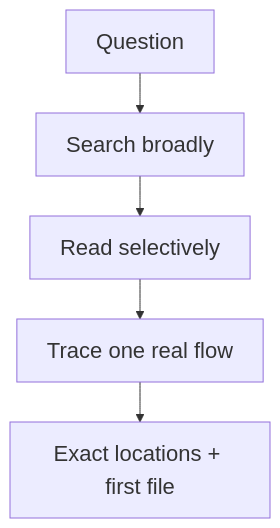
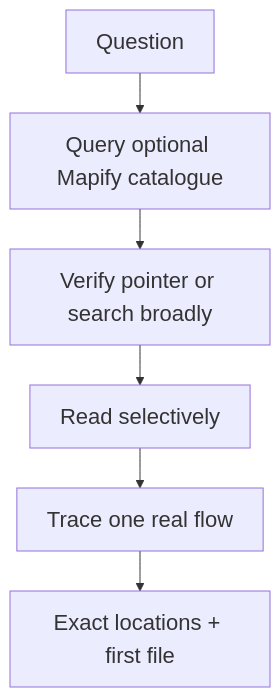
One commit to trykA123/skillify changed the diagram in agents/guides/scout/README.md. Above: the diagram before and after it, drawn with Mermaid. The commit also changed other lines of this file and 77 other files, not shown here.

First line of the commit message:
feat: add Mapify, a sparse verified codebase map

````diff
--- a/agents/guides/scout/README.md
+++ b/agents/guides/scout/README.md
@@ -14,8 +15,9 @@
 ```mermaid
 %%{init: {"themeVariables": {"fontSize": "22px"}, "flowchart": {"nodeSpacing": 35, "rankSpacing": 40}}}%%
 flowchart TB
-    Question --> Search[Search broadly]
+    Question --> Map[Query optional Mapify catalogue]
+    Map --> Search[Verify pointer or search broadly]
     Search --> Read[Read selectively]
     Read --> Trace[Trace one real flow]
     Trace --> Handoff[Exact locations + first file]
 ```
````
